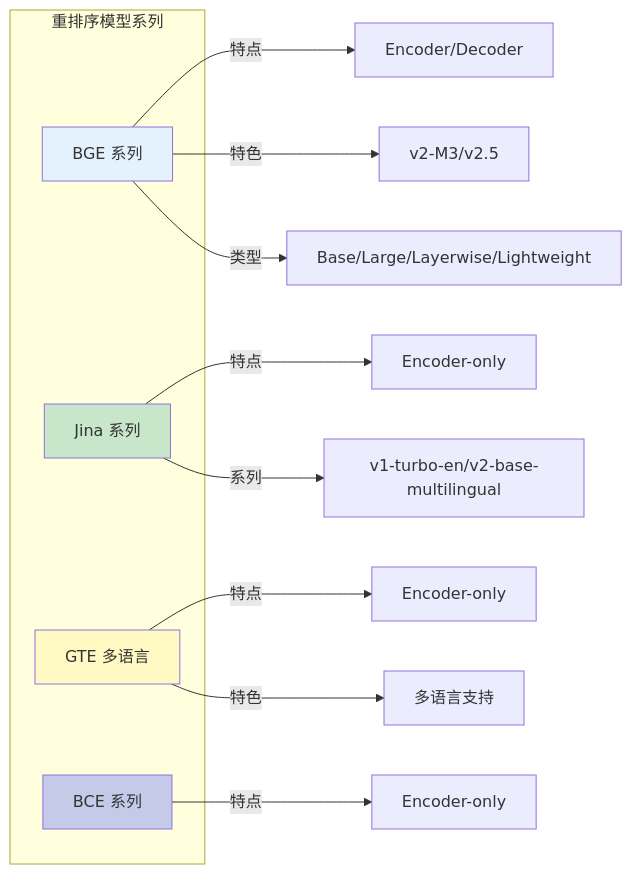
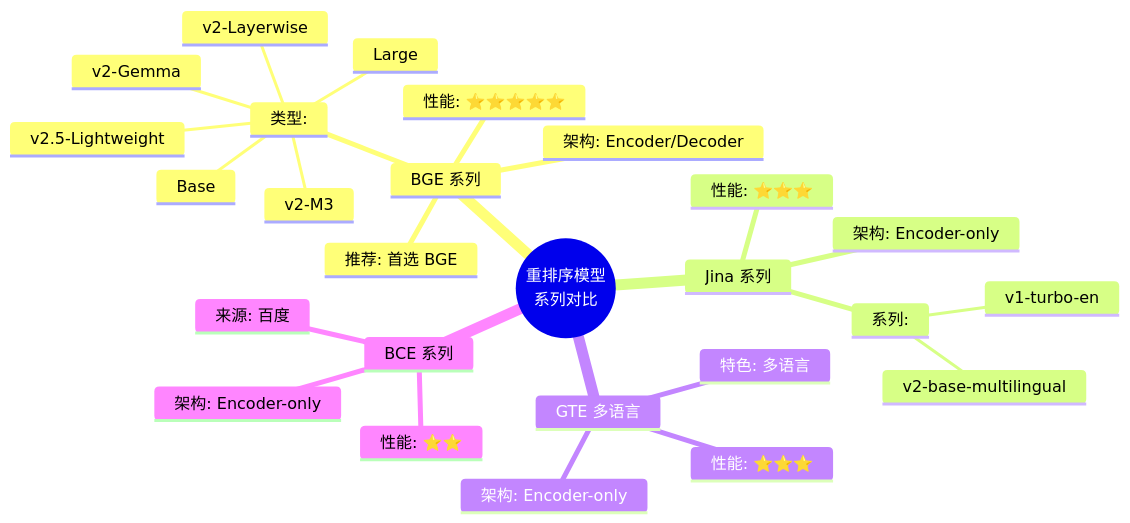
Before and after one commit to liangrui/FlagEmbedding: diagram 16 of 20 in ReadCode/08_model_survey.md, drawn with Mermaid. The commit also changed other lines of this file, not shown here.

````diff
--- a/ReadCode/08_model_survey.md
+++ b/ReadCode/08_model_survey.md
@@ -657,26 +656,29 @@
 ```mermaid
-flowchart LR
-    subgraph 重排序模型系列
-        A[BGE 系列]
-        B[Jina 系列]
-        C[GTE 多语言]
-        D[BCE 系列]
-    end
-    
-    A -->|特点| A1[Encoder/Decoder]
-    A -->|特色| A2[v2-M3/v2.5]
-    A -->|类型| A3[Base/Large/Layerwise/Lightweight]
-    
-    B -->|特点| B1[Encoder-only]
-    B -->|系列| B2[v1-turbo-en/v2-base-multilingual]
-    
-    C -->|特点| C1[Encoder-only]
-    C -->|特色| C2[多语言支持]
-    
-    D -->|特点| D1[Encoder-only]
-    
-    style A fill:#e3f2fd
-    style B fill:#c8e6c9
-    style C fill:#fff9c4
-    style D fill:#c5cae9
+mindmap
+  root((重排序模型<br/>系列对比))
+    BGE 系列
+      架构: Encoder/Decoder
+      性能: ⭐⭐⭐⭐⭐
+      类型:
+        Base
+        Large
+        v2-M3
+        v2-Gemma
+        v2-Layerwise
+        v2.5-Lightweight
+      推荐: 首选 BGE
+    Jina 系列
+      架构: Encoder-only
+      性能: ⭐⭐⭐
+      系列:
+        v1-turbo-en
+        v2-base-multilingual
+    GTE 多语言
+      架构: Encoder-only
+      性能: ⭐⭐⭐
+      特色: 多语言
+    BCE 系列
+      架构: Encoder-only
+      性能: ⭐⭐
+      来源: 百度
 ```
````
